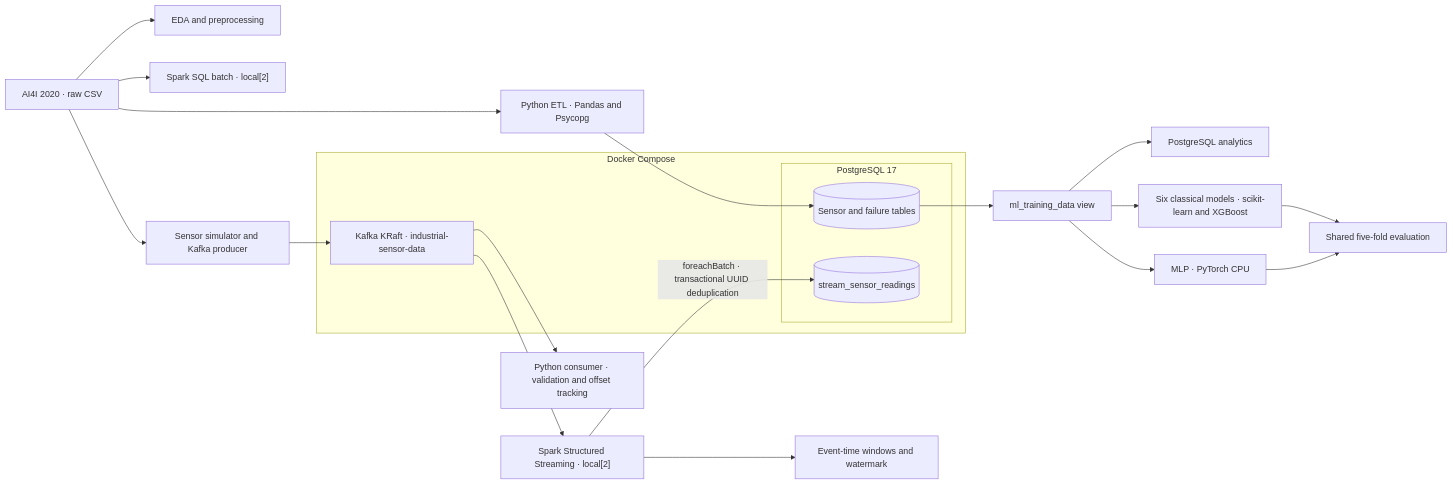
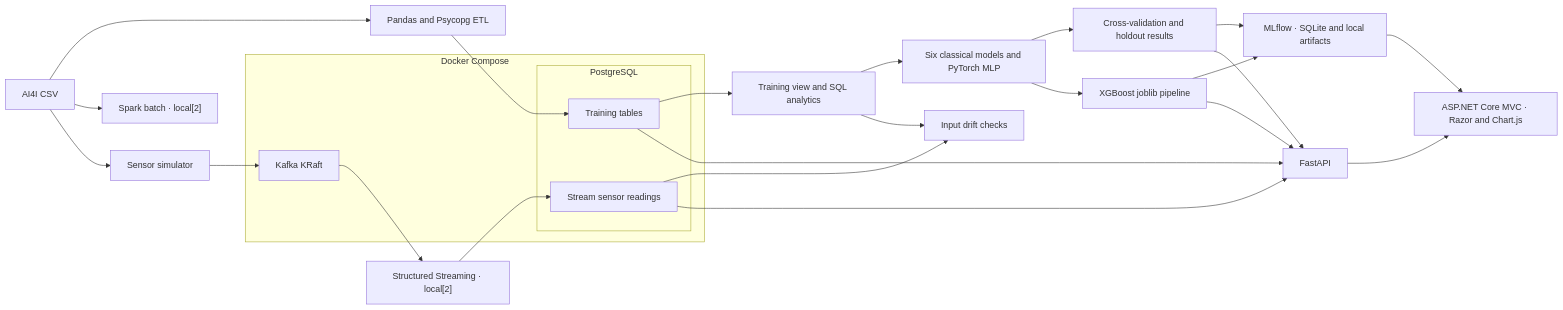
One commit to talhaondrr/IndustryPulseAI changed the diagram in README.md. Above: the diagram before and after it, drawn with Mermaid. The commit also changed other lines of this file and 61 other files, not shown here.

Commit message:
feat: complete IndustryPulse AI platform with API, MVC dashboard and MLOps

````diff
--- a/README.md
+++ b/README.md
@@ -7,26 +25,31 @@
 ```mermaid
 flowchart LR
-    CSV["AI4I 2020 · raw CSV"] --> ETL["Python ETL · Pandas and Psycopg"]
-    CSV --> EDA["EDA and preprocessing"]
-    CSV --> Batch["Spark SQL batch · local[2]"]
-    CSV --> Producer["Sensor simulator and Kafka producer"]
-    subgraph Docker["Docker Compose"]
-        subgraph PG["PostgreSQL 17"]
-            Training[("Sensor and failure tables")]
-            Live[("stream_sensor_readings")]
+    CSV["AI4I CSV"] --> ETL["Pandas and Psycopg ETL"]
+    CSV --> Batch["Spark batch · local[2]"]
+    CSV --> Producer["Sensor simulator"]
+    subgraph Compose["Docker Compose"]
+        Kafka["Kafka KRaft"]
+        subgraph PG["PostgreSQL"]
+            Readings["Training tables"]
+            Stream["Stream sensor readings"]
         end
-        Kafka["Kafka KRaft · industrial-sensor-data"]
     end
-    ETL --> Training
-    Training --> View["ml_training_data view"]
-    View --> SQL["PostgreSQL analytics"]
-    View --> ML["Six classical models · scikit-learn and XGBoost"]
-    View --> MLP["MLP · PyTorch CPU"]
-    ML --> Compare["Shared five-fold evaluation"]
-    MLP --> Compare
+    ETL --> Readings
+    Readings --> Training["Training view and SQL analytics"]
+    Training --> Models["Six classical models and PyTorch MLP"]
+    Models --> Results["Cross-validation and holdout results"]
+    Models --> Pipeline["XGBoost joblib pipeline"]
     Producer --> Kafka
-    Kafka --> Consumer["Python consumer · validation and offset tracking"]
-    Kafka --> Stream["Spark Structured Streaming · local[2]"]
-    Stream -->|"foreachBatch · transactional UUID deduplication"| Live
-    Stream --> Windows["Event-time windows and watermark"]
+    Kafka --> Spark["Structured Streaming · local[2]"]
+    Spark --> Stream
+    Stream --> Monitor["Input drift checks"]
+    Training --> Monitor
+    Results --> MLflow["MLflow · SQLite and local artifacts"]
+    Pipeline --> MLflow
+    Pipeline --> API["FastAPI"]
+    Results --> API
+    Readings --> API
+    Stream --> API
+    API --> Dashboard["ASP.NET Core MVC · Razor and Chart.js"]
+    MLflow --> Dashboard
 ```
````
